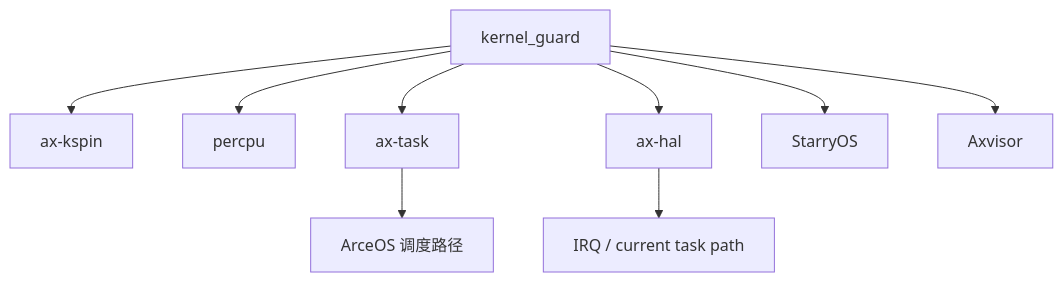
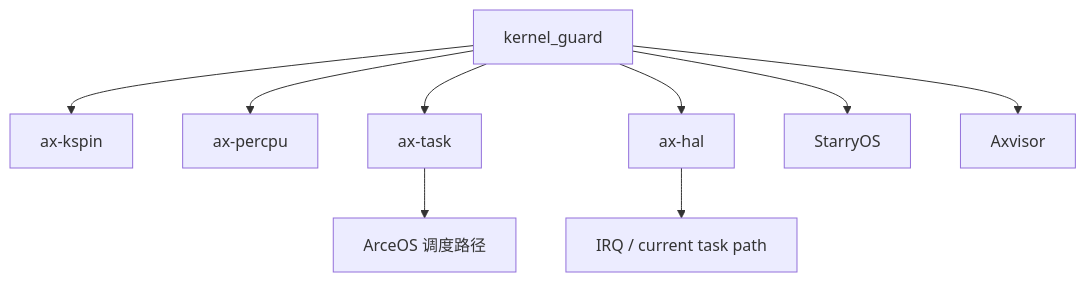
Before and after one commit to zKurisu/tgoskits: the diagram in docs/crates/kernel_guard.md, drawn with Mermaid. The commit also changed other lines of this file and 71 other files, not shown here.

````diff
--- a/docs/crates/kernel_guard.md
+++ b/docs/crates/kernel_guard.md
@@ -142,11 +142,11 @@
 ```mermaid
 graph TD
     A[kernel_guard] --> B[ax-kspin]
-    A --> C[percpu]
+    A --> C[ax-percpu]
     A --> D[ax-task]
     A --> E[ax-hal]
     D --> F[ArceOS 调度路径]
     E --> G[IRQ / current task path]
     A --> H[StarryOS]
     A --> I[Axvisor]
 ```
````
